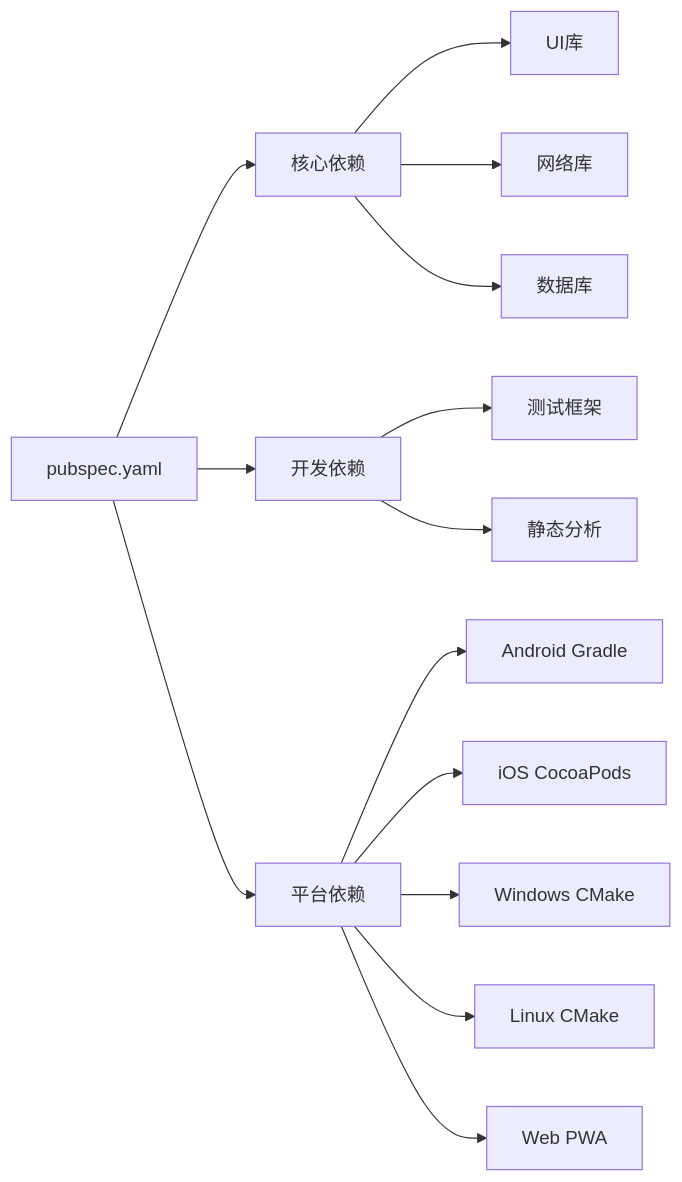
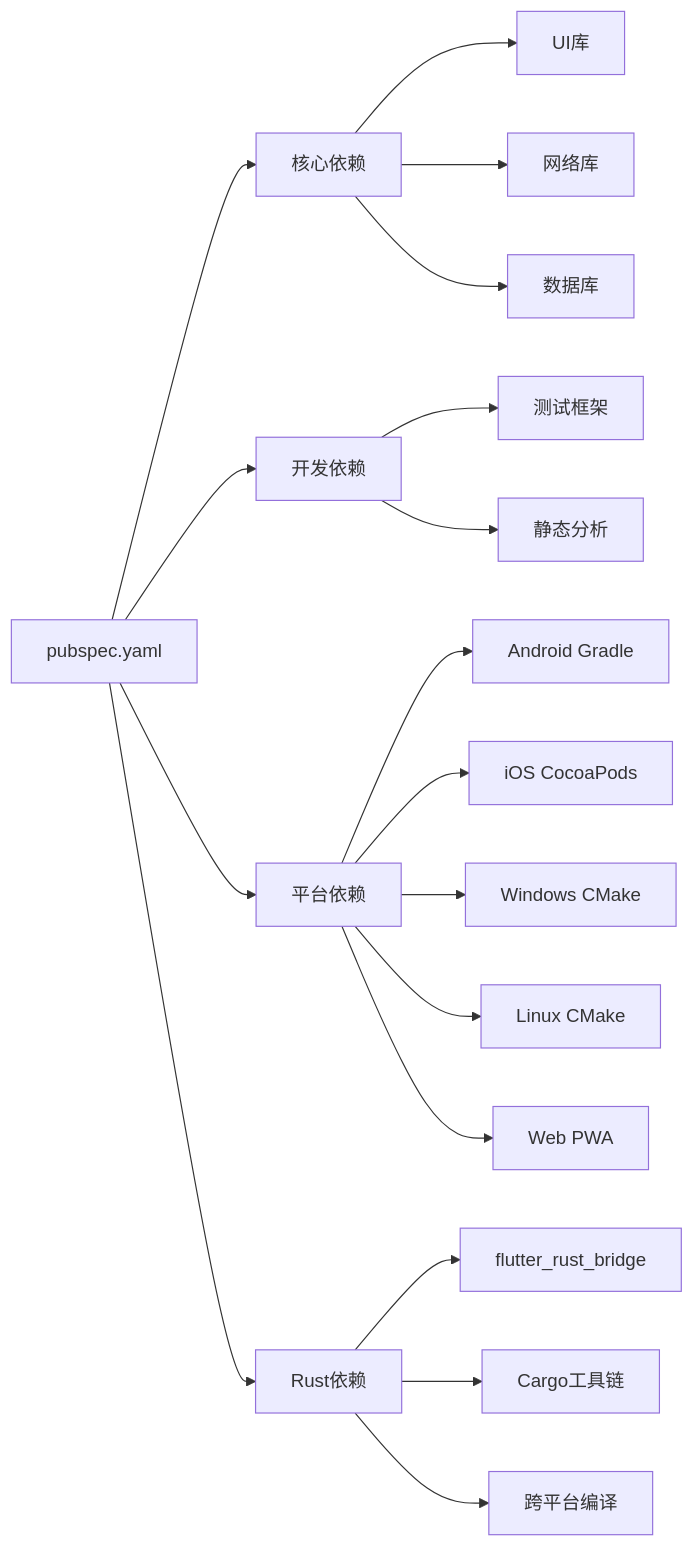
The fourth of 4 diagrams in .qoder/repowiki/zh/content/Flutter跨平台应用/项目结构和组织.md (ZhangGHGitHub/LegadoTeamFlutter), drawn with Mermaid before and after one commit. The commit also changed other lines of this file and 66 other files, not shown here.

````diff
--- a/.qoder/repowiki/zh/content/Flutter跨平台应用/项目结构和组织.md
+++ b/.qoder/repowiki/zh/content/Flutter跨平台应用/项目结构和组织.md
@@ -262,16 +317,20 @@
 ```mermaid
 graph LR
 Pubspec["pubspec.yaml"] --> Core["核心依赖"]
 Pubspec --> Dev["开发依赖"]
 Pubspec --> PlatformDep["平台依赖"]
+Pubspec --> RustDep["Rust依赖"]
 Core --> UI["UI库"]
 Core --> Net["网络库"]
 Core --> DB["数据库"]
 Dev --> Test["测试框架"]
 Dev --> Lint["静态分析"]
 PlatformDep --> Android["Android Gradle"]
 PlatformDep --> iOS["iOS CocoaPods"]
 PlatformDep --> Win["Windows CMake"]
 PlatformDep --> Linux["Linux CMake"]
 PlatformDep --> Web["Web PWA"]
+RustDep --> Bridge["flutter_rust_bridge"]
+RustDep --> Cargo["Cargo工具链"]
+RustDep --> CrossCompile["跨平台编译"]
 ```
````
